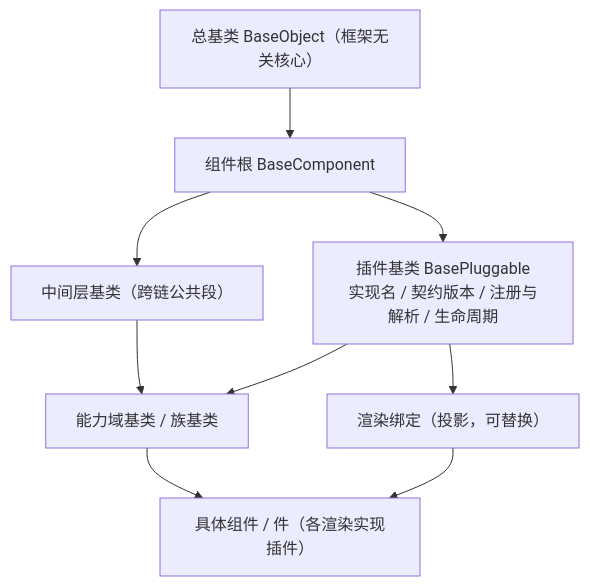
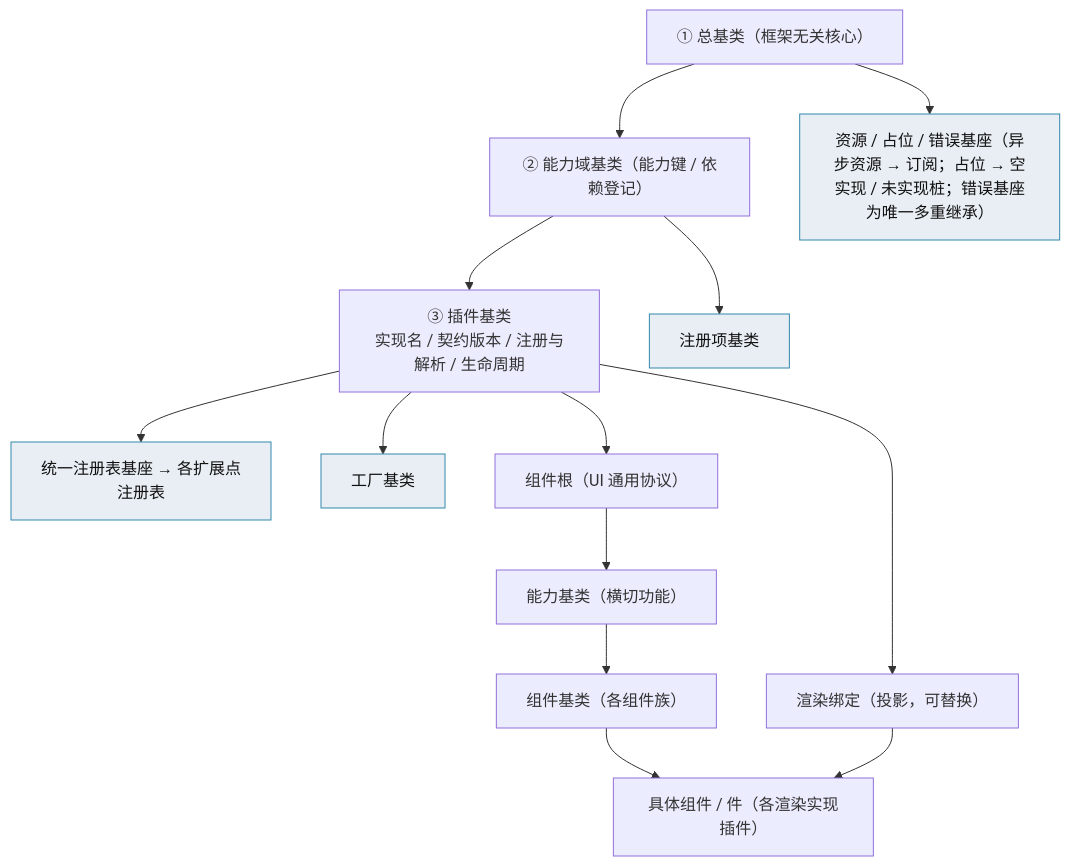
Before and after one commit to minjian123/basic-management-system: the diagram in bms文档/设计/架构设计/05_架构设计_前端组件体系.md, drawn with Mermaid. The commit also changed other lines of this file and 108 other files, not shown here.

````diff
--- a/bms文档/设计/架构设计/05_架构设计_前端组件体系.md
+++ b/bms文档/设计/架构设计/05_架构设计_前端组件体系.md
@@ -32,18 +32,24 @@
 ```mermaid
 flowchart TD
-    ROOT["总基类 BaseObject（框架无关核心）"]
-    COMP["组件根 BaseComponent"]
-    PLG["插件基类 BasePluggable<br/>实现名 / 契约版本 / 注册与解析 / 生命周期"]
-    MID["中间层基类（跨链公共段）"]
-    DOM["能力域基类 / 族基类"]
+    OBJ["① 总基类（框架无关核心）"]
+    CAP["② 能力域基类（能力键 / 依赖登记）"]
+    PLG["③ 插件基类<br/>实现名 / 契约版本 / 注册与解析 / 生命周期"]
+    OBJ --> CAP --> PLG
+    REG["统一注册表基座 → 各扩展点注册表"]:::p
+    FAC["工厂基类"]:::p
+    PRV["注册项基类"]:::p
+    PLG --> REG
+    PLG --> FAC
+    CAP --> PRV
+    COMP["组件根（UI 通用协议）"]
+    PLG --> COMP
+    AB["能力基类（横切功能）"]
+    CB["组件基类（各组件族）"]
+    C["具体组件 / 件（各渲染实现插件）"]
+    COMP --> AB --> CB --> C
     PROJ["渲染绑定（投影，可替换）"]
-    C["具体组件 / 件（各渲染实现插件）"]
-    ROOT --> COMP
-    COMP --> PLG
-    COMP --> MID
-    MID --> DOM
-    PLG --> DOM
-    DOM --> C
     PLG --> PROJ
     PROJ --> C
+    OBJ --> RT["资源 / 占位 / 错误基座（异步资源 → 订阅；占位 → 空实现 / 未实现桩；错误基座为唯一多重继承）"]:::p
+    classDef p fill:#e8eef4,stroke:#38a,color:#111
 ```
````
